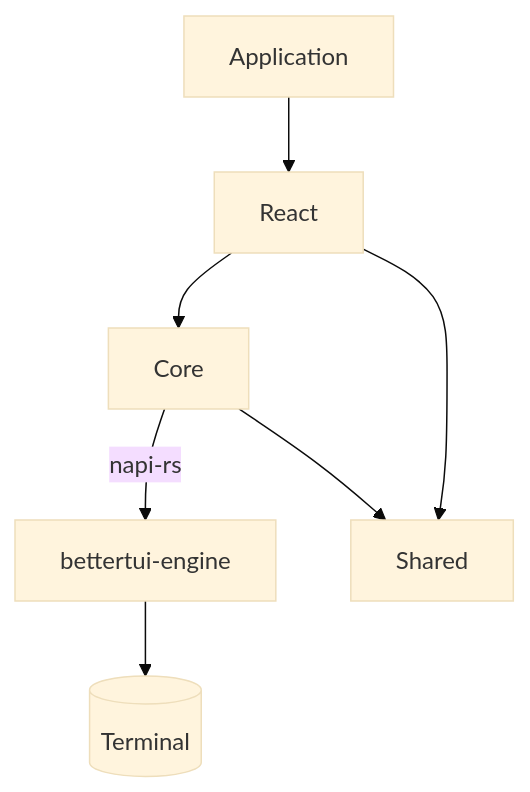
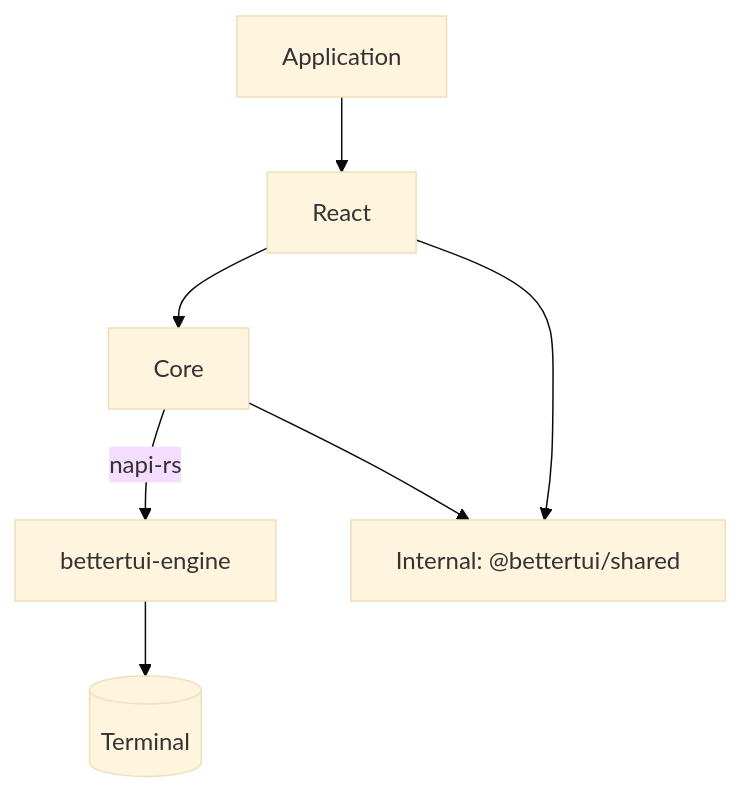
Before and after one commit to localfirstai/bettertui: the fifth of 6 diagrams in docs/architecture/overview.md, drawn with Mermaid (base theme). The commit also changed other lines of this file and 50 other files, not shown here.

First line of the commit message:
refactor: reorganize @bettertui/shared into types/consts/utils with JSDoc

````diff
--- a/docs/architecture/overview.md
+++ b/docs/architecture/overview.md
@@ -140,10 +140,10 @@
 ```mermaid
 graph TD
     App[Application] --> React
     React --> Core
     Core -->|napi-rs| Engine[bettertui-engine]
     Engine --> Terminal[(Terminal)]
-    Core --> Shared
+    Core --> Shared[Internal: @bettertui/shared]
     React --> Shared
 
 ```
````
